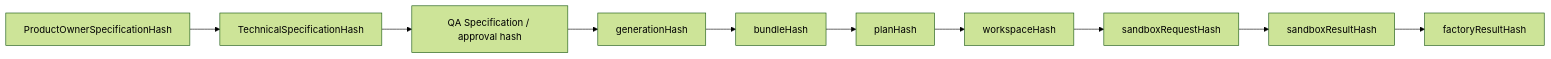
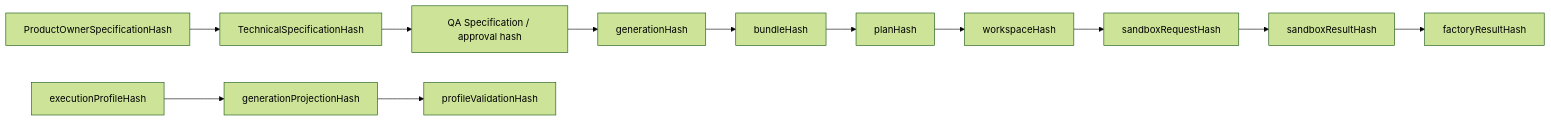
One commit to felipet66/brq-ai-factory changed the fifth of 10 diagrams in knowledge/50-FACTORY_PIPELINE_FLOW.md. Above: the diagram before and after it, drawn with Mermaid (forest theme). The commit also changed other lines of this file and 158 other files, not shown here.

Commit message:
feat(factory): align agent invariants, profile projection and codegen prompt 1.0.4

````diff
--- a/knowledge/50-FACTORY_PIPELINE_FLOW.md
+++ b/knowledge/50-FACTORY_PIPELINE_FLOW.md
@@ -91,12 +95,14 @@
 ```mermaid
 flowchart LR
     PO["ProductOwnerSpecificationHash"] --> TS["TechnicalSpecificationHash"]
     TS --> QA["QA Specification / approval hash"]
     QA --> Generation["generationHash"]
+    Profile["executionProfileHash"] --> Projection["generationProjectionHash"]
+    Projection --> Validation["profileValidationHash"]
     Generation --> Bundle["bundleHash"]
     Bundle --> Plan["planHash"]
     Plan --> Workspace["workspaceHash"]
     Workspace --> Request["sandboxRequestHash"]
     Request --> Sandbox["sandboxResultHash"]
     Sandbox --> Factory["factoryResultHash"]
 ```
````
